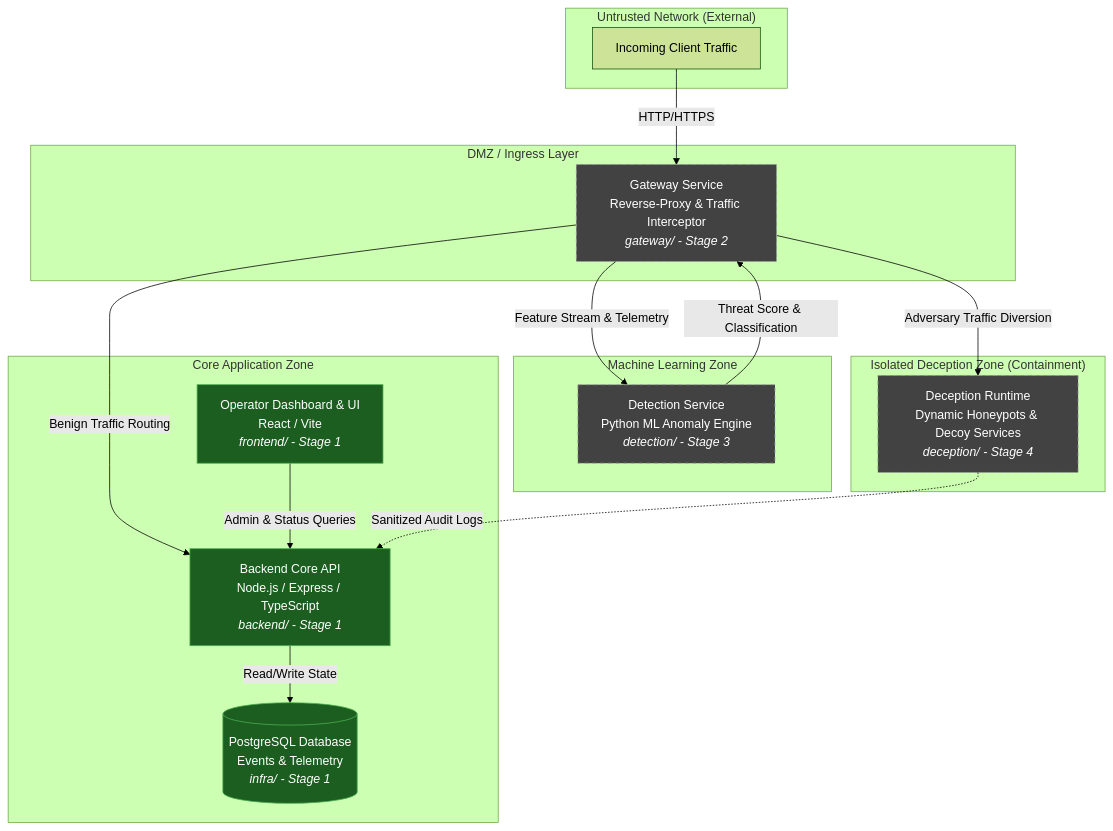
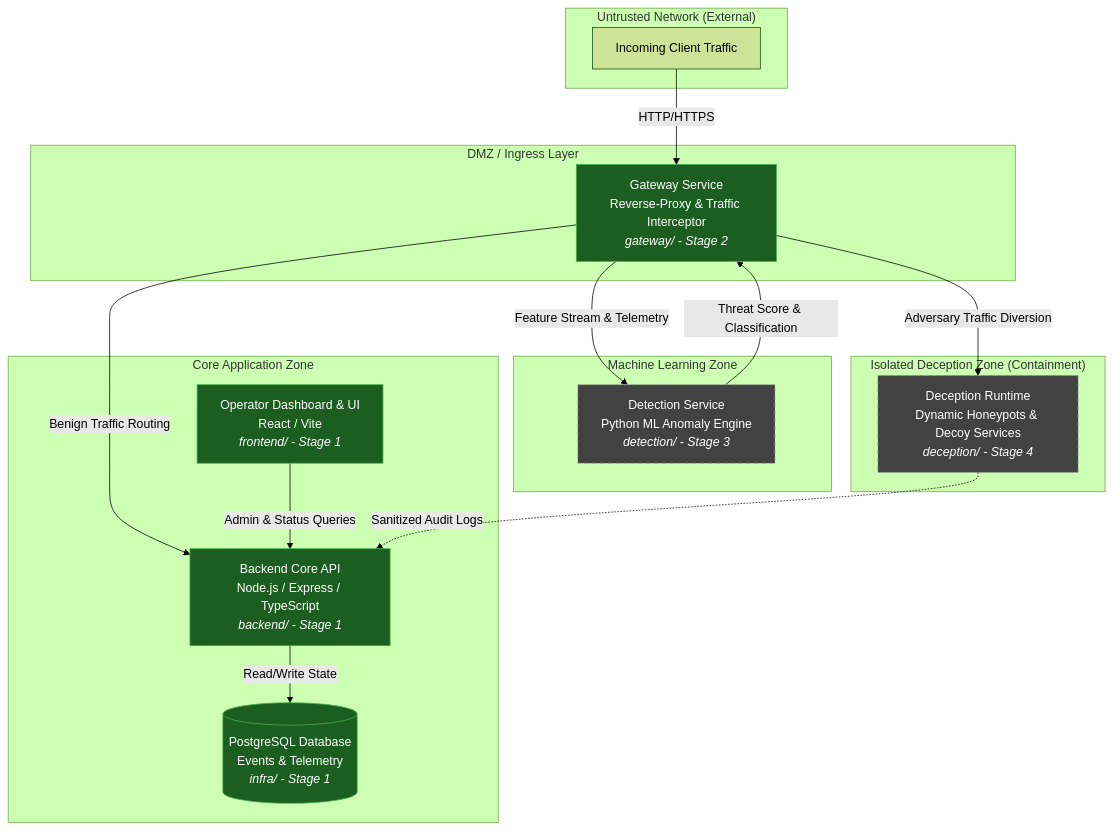
One commit to TheCreativeCodeFlow/AI-Enabled-Adaptive-Cyber-Deception-Gateway-for-Real-Time-Attacker-Detection changed the diagram in docs/architecture.md. Above: the diagram before and after it, drawn with Mermaid (forest theme). The commit also changed other lines of this file and 22 other files, not shown here.

````diff
--- a/docs/architecture.md
+++ b/docs/architecture.md
@@ -11,40 +11,40 @@
 ```mermaid
 flowchart TD
     subgraph UntrustedZone["Untrusted Network (External)"]
         Client[Incoming Client Traffic]
     end
 
     subgraph DMZ["DMZ / Ingress Layer"]
         Gateway[Gateway Service<br/>Reverse-Proxy & Traffic Interceptor<br/><i>gateway/ - Stage 2</i>]
     end
 
     subgraph CoreZone["Core Application Zone"]
         Backend[Backend Core API<br/>Node.js / Express / TypeScript<br/><i>backend/ - Stage 1</i>]
         Frontend[Operator Dashboard & UI<br/>React / Vite<br/><i>frontend/ - Stage 1</i>]
         DB[(PostgreSQL Database<br/>Events & Telemetry<br/><i>infra/ - Stage 1</i>)]
     end
 
     subgraph MLZone["Machine Learning Zone"]
         MLService[Detection Service<br/>Python ML Anomaly Engine<br/><i>detection/ - Stage 3</i>]
     end
 
     subgraph DeceptionZone["Isolated Deception Zone (Containment)"]
         DecoyEnv[Deception Runtime<br/>Dynamic Honeypots & Decoy Services<br/><i>deception/ - Stage 4</i>]
     end
 
     Client -->|HTTP/HTTPS| Gateway
     Gateway -->|Feature Stream & Telemetry| MLService
     MLService -->|Threat Score & Classification| Gateway
 
     Gateway -->|Benign Traffic Routing| Backend
     Gateway -->|Adversary Traffic Diversion| DecoyEnv
 
     Frontend -->|Admin & Status Queries| Backend
     Backend -->|Read/Write State| DB
     DecoyEnv -.->|Sanitized Audit Logs| Backend
 
     classDef active fill:#1b5e20,stroke:#4caf50,color:#fff;
     classDef planned fill:#424242,stroke:#9e9e9e,color:#fff,stroke-dasharray: 5 5;
-    class Backend,Frontend,DB active;
-    class Gateway,MLService,DecoyEnv planned;
+    class Backend,Frontend,DB,Gateway active;
+    class MLService,DecoyEnv planned;
 ```
````
